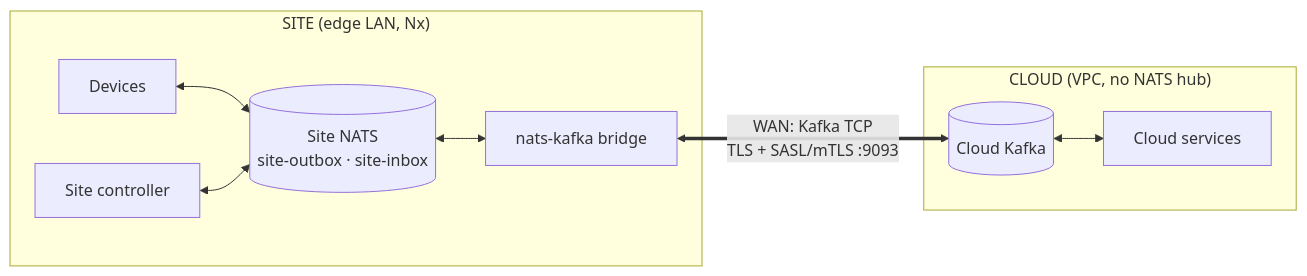
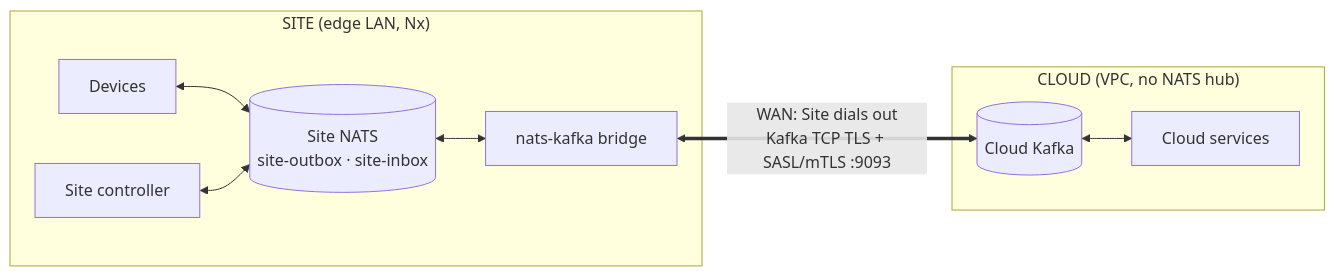
One commit to jinternals/nats-demo changed the second of 3 diagrams in docs/comparison.md. Above: the diagram before and after it, drawn with Mermaid. The commit also changed other lines of this file and 10 other files, not shown here.

Commit message:
Add Pattern C (Cloud Bridge -> Site NATS) and unify all Site/WAN/Cloud diagrams

````diff
--- a/docs/comparison.md
+++ b/docs/comparison.md
@@ -38,14 +37,14 @@
 ```mermaid
 flowchart LR
   subgraph site["SITE (edge LAN, Nx)"]
     dev["Devices"] <--> sn[("Site NATS<br/>site-outbox · site-inbox")]
     ctl["Site controller"] <--> sn
     sn <--> br["nats-kafka bridge"]
   end
   subgraph cloud["CLOUD (VPC, no NATS hub)"]
     kf[("Cloud Kafka")]
     svc["Cloud services"]
     kf <--> svc
   end
-  br <== "WAN: Kafka TCP<br/>TLS + SASL/mTLS :9093" ==> kf
+  br <== "WAN: Site dials out<br/>Kafka TCP TLS + SASL/mTLS :9093" ==> kf
 ```
````
